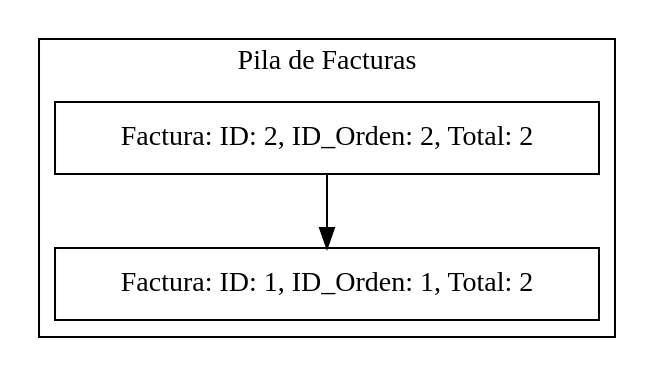
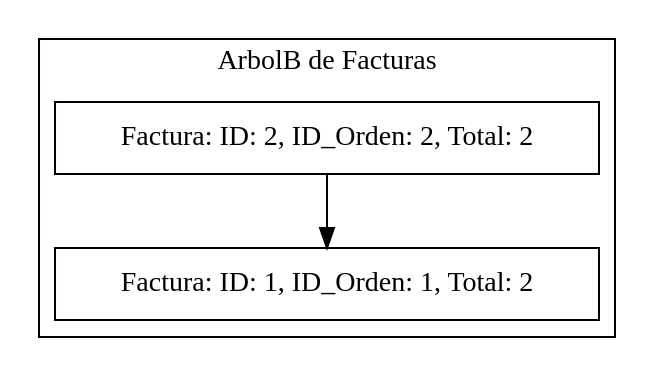
One commit to EstebanTrampe01/-EDD-1S2025_202300431 changed the diagram in FASE#2/AutoGest/bin/Debug/net8.0/reportes/pila.dot. Above: the diagram before and after it, drawn with Graphviz. The commit also changed 57 other files, not shown here.

```diff
--- a/FASE#2/AutoGest/bin/Debug/net8.0/reportes/pila.dot
+++ b/FASE#2/AutoGest/bin/Debug/net8.0/reportes/pila.dot
@@ -1,10 +1,10 @@
 digraph G {
     node [shape=record];
     rankdir=TB;
     subgraph cluster_0 {
-        label = "Pila de Facturas";
+        label = "ArbolB de Facturas";
         n0 [label = "{<data> Factura: ID: 2, ID_Orden: 2, Total: 2}"];
         n0 -> n1;
         n1 [label = "{<data> Factura: ID: 1, ID_Orden: 1, Total: 2}"];
     }
 }
```
